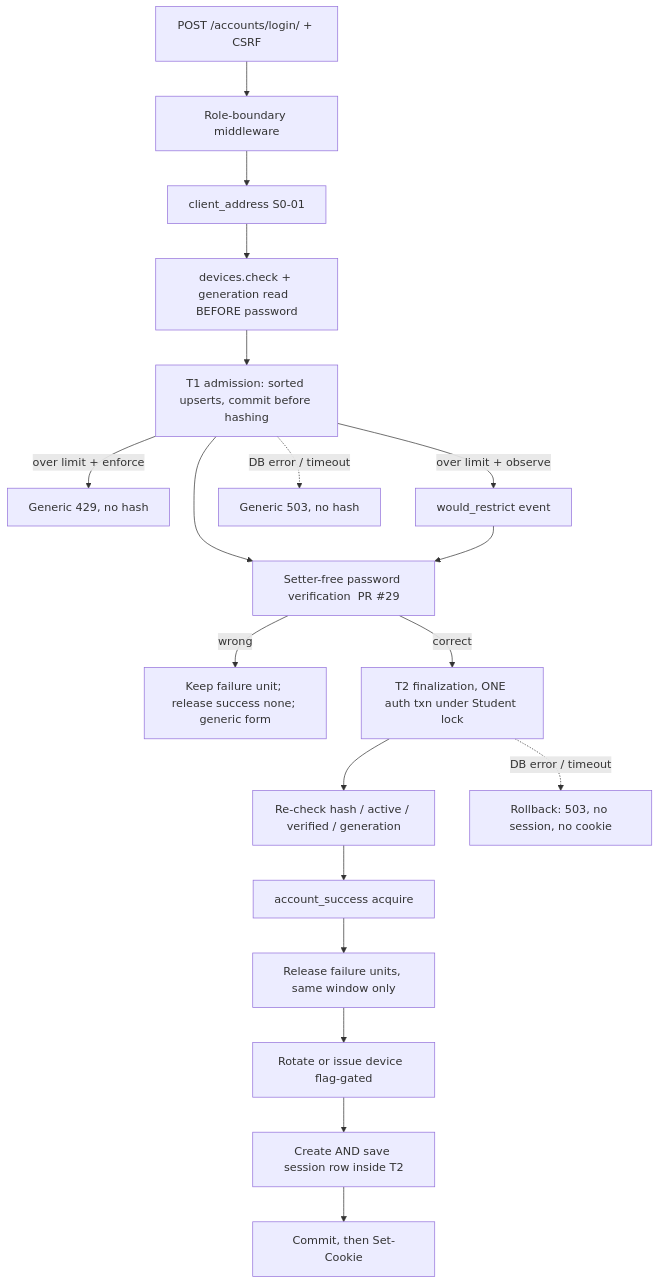
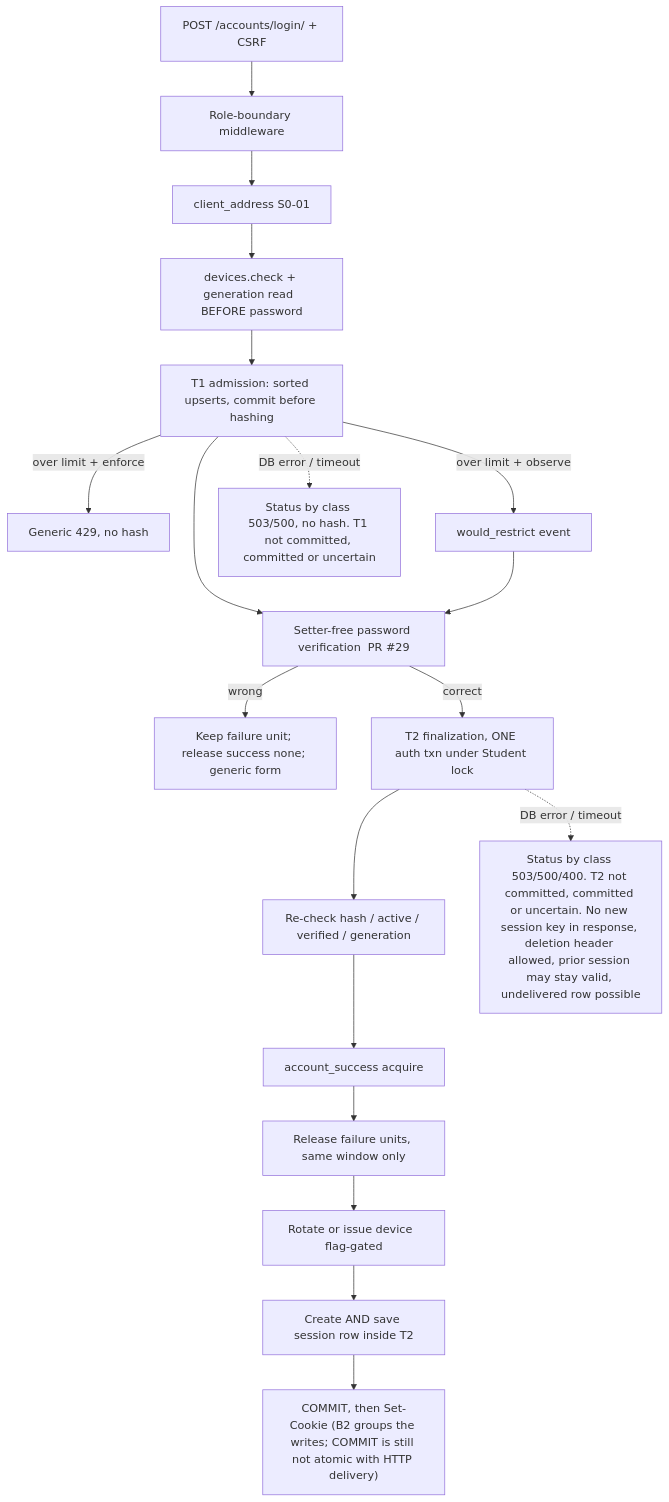
The diagram in docs/security/STAGE_B_IMPLEMENTATION_PLAN.md (jordandavid1812-creator/university-command-center), drawn with Mermaid before and after one commit. The commit also changed other lines of this file, not shown here.

````diff
--- a/docs/security/STAGE_B_IMPLEMENTATION_PLAN.md
+++ b/docs/security/STAGE_B_IMPLEMENTATION_PLAN.md
@@ -67,21 +69,21 @@
 ```mermaid
 flowchart TD
     R[POST /accounts/login/ + CSRF] --> MW[Role-boundary middleware]
     MW --> SRC[client_address S0-01]
     SRC --> CLS[devices.check + generation read  BEFORE password]
     CLS --> T1[T1 admission: sorted upserts, commit before hashing]
     T1 -->|over limit + enforce| L429[Generic 429, no hash]
     T1 -->|over limit + observe| LOG[would_restrict event]
     T1 --> PW[Setter-free password verification  PR #29]
     LOG --> PW
     PW -->|wrong| FAIL[Keep failure unit; release success none; generic form]
     PW -->|correct| T2[T2 finalization, ONE auth txn under Student lock]
     T2 --> REV[Re-check hash / active / verified / generation]
     REV --> Q[account_success acquire]
     Q --> REL[Release failure units, same window only]
     REL --> DEV[Rotate or issue device  flag-gated]
     DEV --> SES[Create AND save session row inside T2]
-    SES --> COMMIT[Commit, then Set-Cookie]
-    T1 -.DB error / timeout.-> E503[Generic 503, no hash]
-    T2 -.DB error / timeout.-> F503[Rollback: 503, no session, no cookie]
+    SES --> COMMIT["COMMIT, then Set-Cookie (B2 groups the writes; COMMIT is still not atomic with HTTP delivery)"]
+    T1 -.DB error / timeout.-> E1["Status by class 503/500, no hash. T1 not committed, committed or uncertain"]
+    T2 -.DB error / timeout.-> F1["Status by class 503/500/400. T2 not committed, committed or uncertain. No new session key in response, deletion header allowed, prior session may stay valid, undelivered row possible"]
 ```
````
